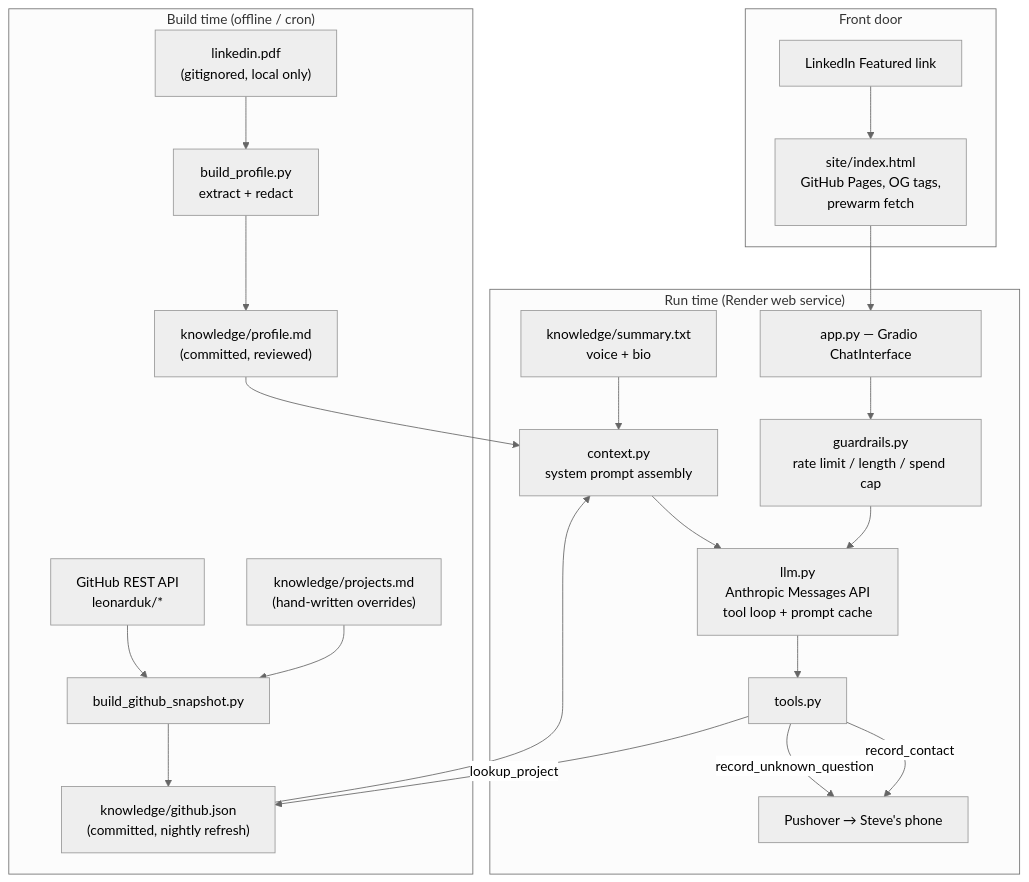
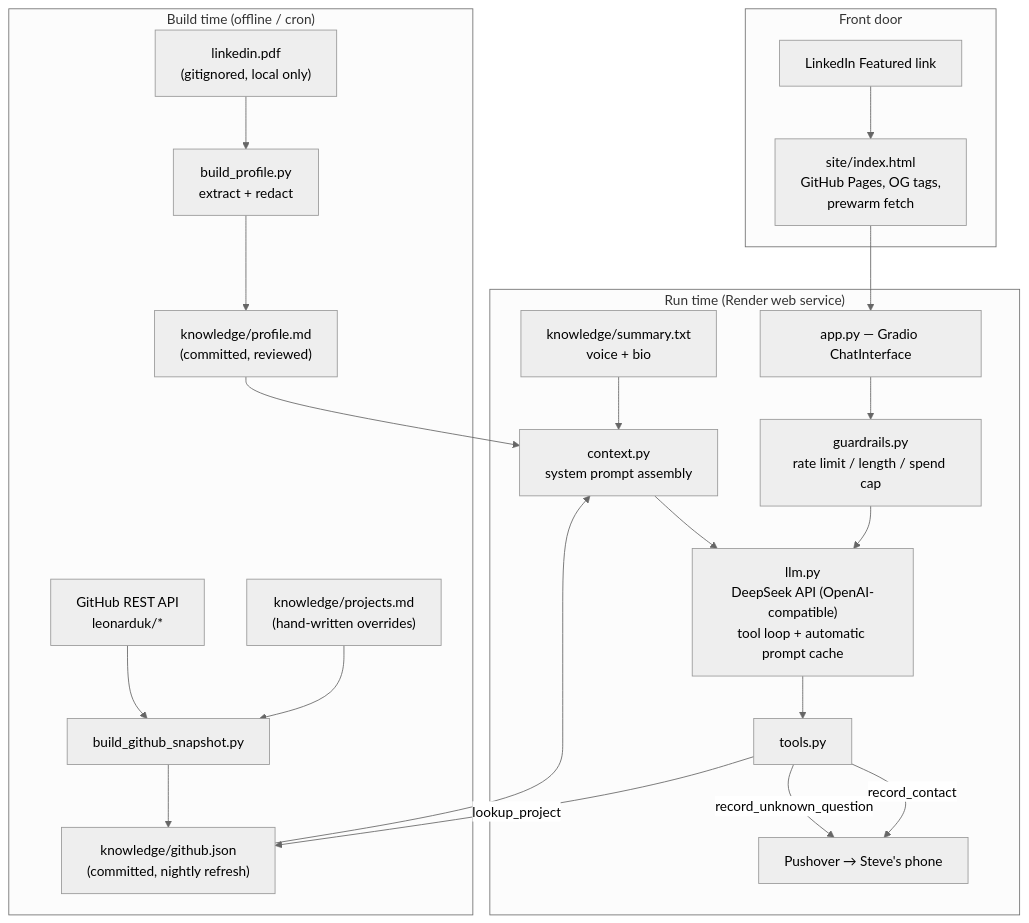
Before and after one commit to leonarduk/ai: the diagram in projects/08-linkedin-avatar/docs/design.md, drawn with Mermaid (neutral theme). The commit also changed other lines of this file and 15 other files, not shown here.

````diff
--- a/projects/08-linkedin-avatar/docs/design.md
+++ b/projects/08-linkedin-avatar/docs/design.md
@@ -50,28 +50,28 @@
 ```mermaid
 flowchart TB
     subgraph build["Build time (offline / cron)"]
         PDF["linkedin.pdf<br/>(gitignored, local only)"] --> BP["build_profile.py<br/>extract + redact"]
         BP --> PROF["knowledge/profile.md<br/>(committed, reviewed)"]
         GH["GitHub REST API<br/>leonarduk/*"] --> BG["build_github_snapshot.py"]
         BG --> SNAP["knowledge/github.json<br/>(committed, nightly refresh)"]
         CUR["knowledge/projects.md<br/>(hand-written overrides)"] --> BG
     end
 
     subgraph run["Run time (Render web service)"]
         PROF --> CTX["context.py<br/>system prompt assembly"]
         SNAP --> CTX
         SUM["knowledge/summary.txt<br/>voice + bio"] --> CTX
-        CTX --> LLM["llm.py<br/>Anthropic Messages API<br/>tool loop + prompt cache"]
+        CTX --> LLM["llm.py<br/>DeepSeek API (OpenAI-compatible)<br/>tool loop + automatic prompt cache"]
         UI["app.py — Gradio ChatInterface"] --> GRD["guardrails.py<br/>rate limit / length / spend cap"]
         GRD --> LLM
         LLM --> TOOLS["tools.py"]
         TOOLS -->|record_contact| PUSH["Pushover → Steve's phone"]
         TOOLS -->|record_unknown_question| PUSH
         TOOLS -->|lookup_project| SNAP
     end
 
     subgraph front["Front door"]
         LI["LinkedIn Featured link"] --> LAND["site/index.html<br/>GitHub Pages, OG tags,<br/>prewarm fetch"]
         LAND --> UI
     end
 ```
````
